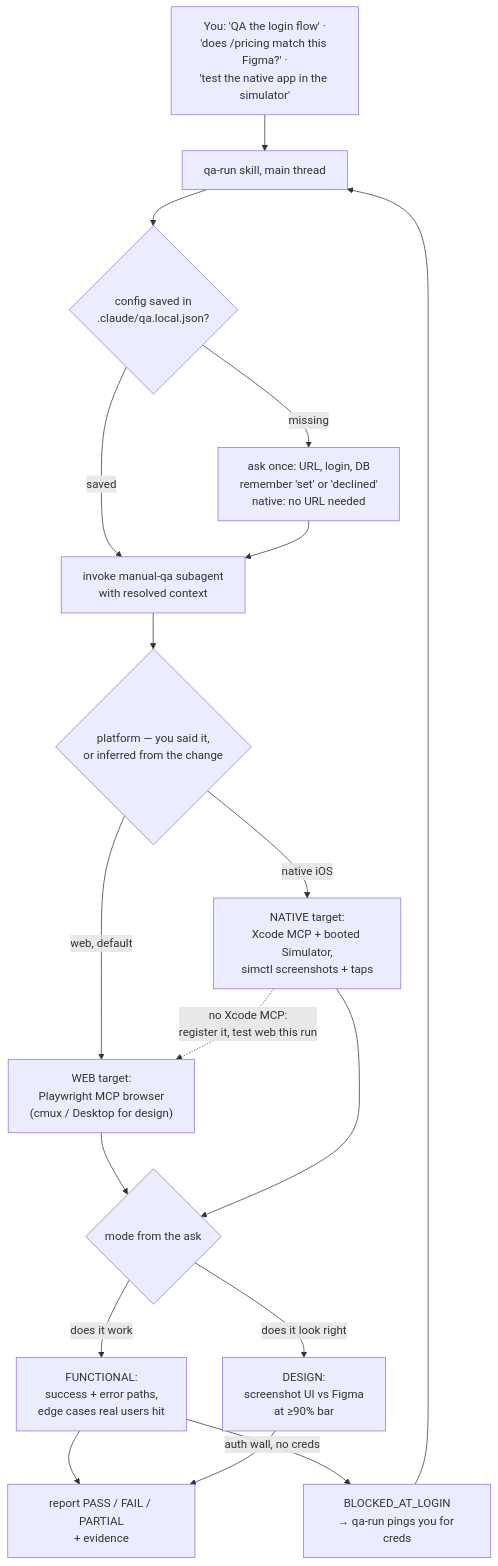
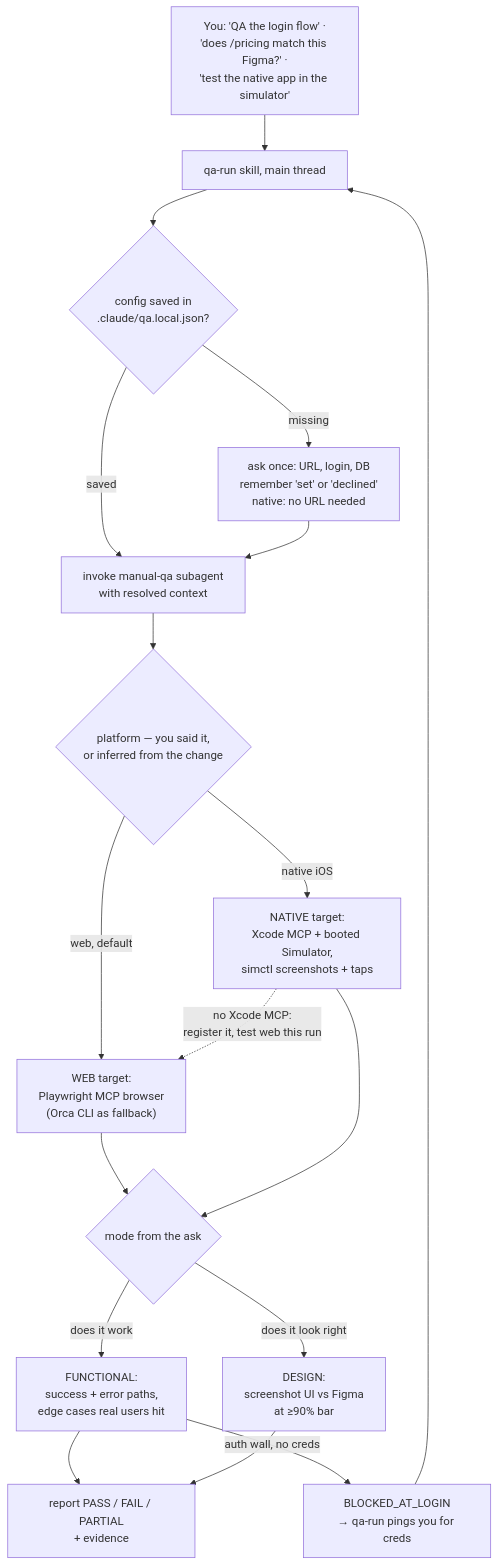
Before and after one commit to unisol1020/ai-tools: the diagram in qa/README.md, drawn with Mermaid. The commit also changed other lines of this file and 3 other files, not shown here.

````diff
--- a/qa/README.md
+++ b/qa/README.md
@@ -21,20 +21,20 @@
 ```mermaid
 flowchart TD
     A["You: 'QA the login flow' ·<br/>'does /pricing match this Figma?' ·<br/>'test the native app in the simulator'"] --> B[qa-run skill, main thread]
     B --> C{config saved in<br/>.claude/qa.local.json?}
     C -->|missing| D[ask once: URL, login, DB<br/>remember 'set' or 'declined'<br/>native: no URL needed]
     C -->|saved| E
     D --> E[invoke manual-qa subagent<br/>with resolved context]
     E --> P{platform — you said it,<br/>or inferred from the change}
-    P -->|web, default| W["WEB target:<br/>Playwright MCP browser<br/>(cmux / Desktop for design)"]
+    P -->|web, default| W["WEB target:<br/>Playwright MCP browser<br/>(Orca CLI as fallback)"]
     P -->|native iOS| N["NATIVE target:<br/>Xcode MCP + booted Simulator,<br/>simctl screenshots + taps"]
     W --> F{mode from the ask}
     N --> F
     N -.->|no Xcode MCP:<br/>register it, test web this run| W
     F -->|does it work| G[FUNCTIONAL:<br/>success + error paths,<br/>edge cases real users hit]
     F -->|does it look right| H[DESIGN:<br/>screenshot UI vs Figma<br/>at ≥90% bar]
     G --> V[report PASS / FAIL / PARTIAL<br/>+ evidence]
     H --> V
     G -->|auth wall, no creds| L["BLOCKED_AT_LOGIN<br/>→ qa-run pings you for creds"]
     L --> B
 ```
````
